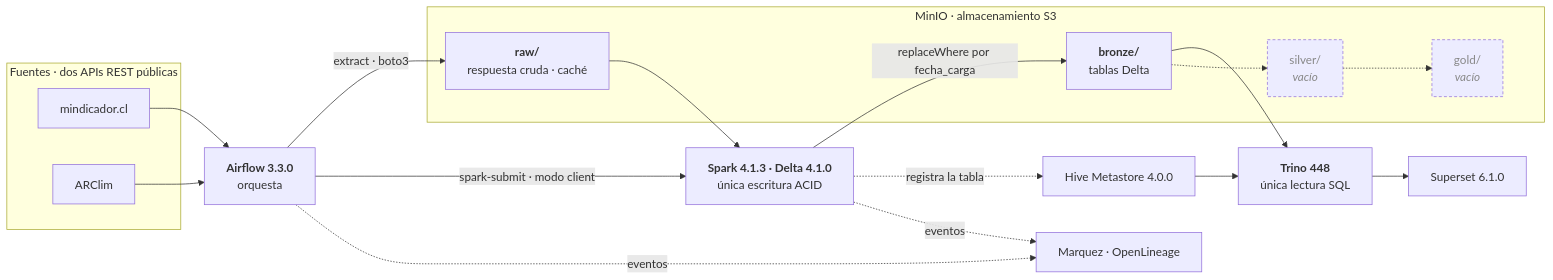
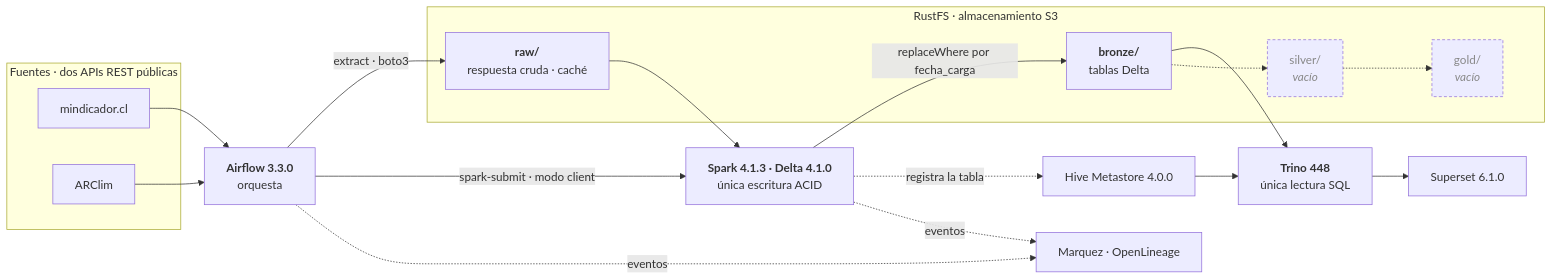
Before and after one commit to vektralforge/vektralforge: the first of 4 diagrams in docs/arquitectura.md, drawn with Mermaid. The commit also changed other lines of this file and 37 other files, not shown here.

````diff
--- a/docs/arquitectura.md
+++ b/docs/arquitectura.md
@@ -111,39 +120,39 @@
 ```mermaid
 flowchart LR
     subgraph fuentes["Fuentes · dos APIs REST públicas"]
         API1["mindicador.cl"]
         API2["ARClim"]
     end
 
     AF["<b>Airflow 3.3.0</b><br/>orquesta"]
 
-    subgraph minio["MinIO · almacenamiento S3"]
+    subgraph rustfs["RustFS · almacenamiento S3"]
         RAW["<b>raw/</b><br/>respuesta cruda · caché"]
         BRZ["<b>bronze/</b><br/>tablas Delta"]
         SLV["silver/<br/><i>vacío</i>"]
         GLD["gold/<br/><i>vacío</i>"]
     end
 
     SPK["<b>Spark 4.1.3 · Delta 4.1.0</b><br/>única escritura ACID"]
     HMS["Hive Metastore 4.0.0"]
     TRN["<b>Trino 448</b><br/>única lectura SQL"]
     SUP["Superset 6.1.0"]
     MQZ["Marquez · OpenLineage"]
 
     API1 --> AF
     API2 --> AF
     AF -->|"extract · boto3"| RAW
     AF -->|"spark-submit · modo client"| SPK
     RAW --> SPK
     SPK -->|"replaceWhere por fecha_carga"| BRZ
     SPK -.->|"registra la tabla"| HMS
     HMS --> TRN
     BRZ --> TRN
     TRN --> SUP
     AF -.->|eventos| MQZ
     SPK -.->|eventos| MQZ
     BRZ -.-> SLV -.-> GLD
 
     classDef vacio stroke-dasharray:4 3,color:#888
     class SLV,GLD vacio
 ```
````
